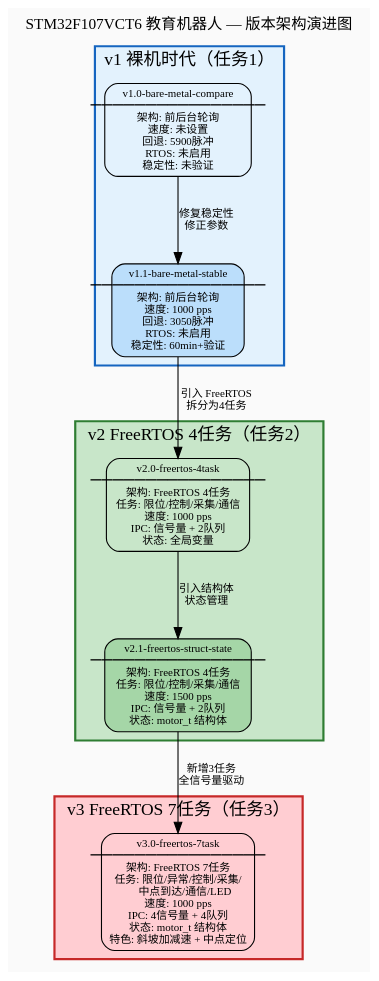
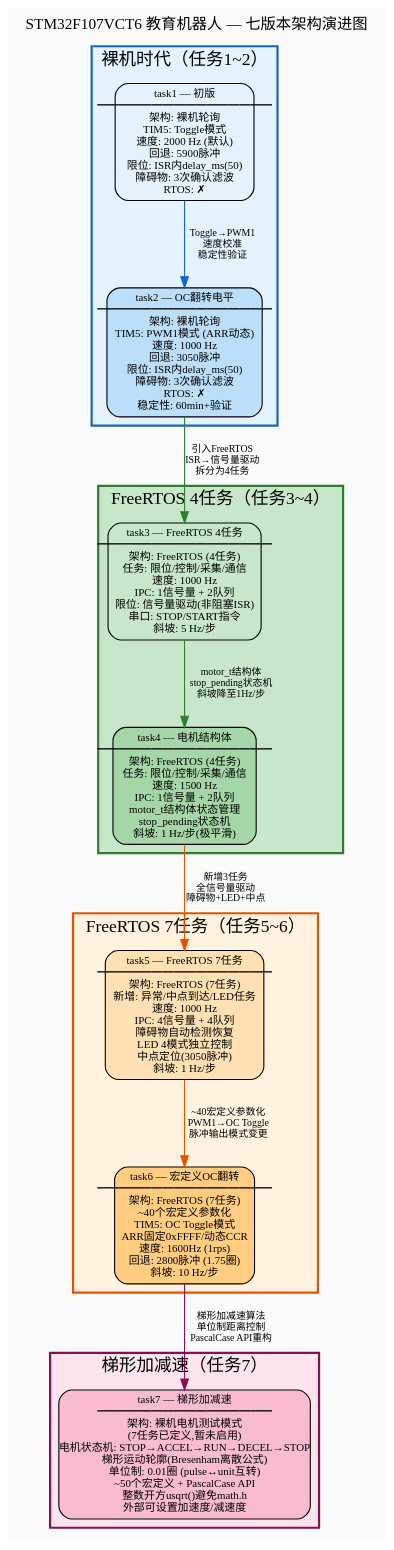
Before and after one commit to yandashuai26/stm32f107-edu-robot: the diagram in docs/diagrams/01-version-evolution.dot, drawn with Graphviz. The commit also changed 9 other files, not shown here.

First line of the commit message:
更新架构图：匹配7版本实际代码结构

```diff
--- a/docs/diagrams/01-version-evolution.dot
+++ b/docs/diagrams/01-version-evolution.dot
@@ -1,62 +1,80 @@
 digraph G {
     rankdir=TB;
     fontname="Microsoft YaHei";
     fontsize=14;
-    label="STM32F107VCT6 教育机器人 — 版本架构演进图";
+    label="STM32F107VCT6 教育机器人 — 七版本架构演进图";
     labelloc=t;
-    nodesep=0.6;
-    ranksep=0.8;
+    nodesep=0.5;
+    ranksep=0.7;
     compound=true;
     newrank=true;
     bgcolor="#fafafa";
 
-    subgraph cluster_v1 {
-        label="v1 裸机时代（任务1）";
+    subgraph cluster_bare {
+        label="裸机时代（任务1~2）";
         fontsize=16;
         fontname="Microsoft YaHei";
         style="filled";
         fillcolor="#e3f2fd";
         color="#1565c0";
         penwidth=2;
 
-        v1a [label="v1.0-bare-metal-compare\n━━━━━━━━━━━━━━━━\n架构: 前后台轮询\n速度: 未设置\n回退: 5900脉冲\nRTOS: 未启用\n稳定性: 未验证",
+        t1 [label="task1 — 初版\n━━━━━━━━━━━━━━━━\n架构: 裸机轮询\nTIM5: Toggle模式\n速度: 2000 Hz (默认)\n回退: 5900脉冲\n限位: ISR内delay_ms(50)\n障碍物: 3次确认滤波\nRTOS: ✗",
             shape=box, style="filled,rounded", fillcolor="#e3f2fd", fontsize=10, fontname="Microsoft YaHei"];
 
-        v1b [label="v1.1-bare-metal-stable\n━━━━━━━━━━━━━━━━\n架构: 前后台轮询\n速度: 1000 pps\n回退: 3050脉冲\nRTOS: 未启用\n稳定性: 60min+验证",
+        t2 [label="task2 — OC翻转电平\n━━━━━━━━━━━━━━━━\n架构: 裸机轮询\nTIM5: PWM1模式 (ARR动态)\n速度: 1000 Hz\n回退: 3050脉冲\n限位: ISR内delay_ms(50)\n障碍物: 3次确认滤波\nRTOS: ✗\n稳定性: 60min+验证",
             shape=box, style="filled,rounded", fillcolor="#bbdefb", fontsize=10, fontname="Microsoft YaHei"];
     }
 
-    subgraph cluster_v2 {
-        label="v2 FreeRTOS 4任务（任务2）";
+    subgraph cluster_rtos4 {
+        label="FreeRTOS 4任务（任务3~4）";
         fontsize=16;
         fontname="Microsoft YaHei";
         style="filled";
         fillcolor="#c8e6c9";
         color="#2e7d32";
         penwidth=2;
 
-        v2a [label="v2.0-freertos-4task\n━━━━━━━━━━━━━━━━\n架构: FreeRTOS 4任务\n任务: 限位/控制/采集/通信\n速度: 1000 pps\nIPC: 信号量 + 2队列\n状态: 全局变量",
+        t3 [label="task3 — FreeRTOS 4任务\n━━━━━━━━━━━━━━━━\n架构: FreeRTOS (4任务)\n任务: 限位/控制/采集/通信\n速度: 1000 Hz\nIPC: 1信号量 + 2队列\n限位: 信号量驱动(非阻塞ISR)\n串口: STOP/START指令\n斜坡: 5 Hz/步",
             shape=box, style="filled,rounded", fillcolor="#c8e6c9", fontsize=10, fontname="Microsoft YaHei"];
 
-        v2b [label="v2.1-freertos-struct-state\n━━━━━━━━━━━━━━━━\n架构: FreeRTOS 4任务\n任务: 限位/控制/采集/通信\n速度: 1500 pps\nIPC: 信号量 + 2队列\n状态: motor_t 结构体",
+        t4 [label="task4 — 电机结构体\n━━━━━━━━━━━━━━━━\n架构: FreeRTOS (4任务)\n任务: 限位/控制/采集/通信\n速度: 1500 Hz\nIPC: 1信号量 + 2队列\nmotor_t结构体状态管理\nstop_pending状态机\n斜坡: 1 Hz/步(极平滑)",
             shape=box, style="filled,rounded", fillcolor="#a5d6a7", fontsize=10, fontname="Microsoft YaHei"];
     }
 
-    subgraph cluster_v3 {
-        label="v3 FreeRTOS 7任务（任务3）";
+    subgraph cluster_rtos7 {
+        label="FreeRTOS 7任务（任务5~6）";
         fontsize=16;
         fontname="Microsoft YaHei";
         style="filled";
-        fillcolor="#ffcdd2";
-        color="#c62828";
+        fillcolor="#fff3e0";
+        color="#e65100";
         penwidth=2;
 
-        v3 [label="v3.0-freertos-7task\n━━━━━━━━━━━━━━━━\n架构: FreeRTOS 7任务\n任务: 限位/异常/控制/采集/\n      中点到达/通信/LED\n速度: 1000 pps\nIPC: 4信号量 + 4队列\n状态: motor_t 结构体\n特色: 斜坡加减速 + 中点定位",
-            shape=box, style="filled,rounded", fillcolor="#ffcdd2", fontsize=10, fontname="Microsoft YaHei"];
+        t5 [label="task5 — FreeRTOS 7任务\n━━━━━━━━━━━━━━━━\n架构: FreeRTOS (7任务)\n新增: 异常/中点到达/LED任务\n速度: 1000 Hz\nIPC: 4信号量 + 4队列\n障碍物自动检测恢复\nLED 4模式独立控制\n中点定位(3050脉冲)\n斜坡: 1 Hz/步",
+            shape=box, style="filled,rounded", fillcolor="#ffe0b2", fontsize=10, fontname="Microsoft YaHei"];
+
+        t6 [label="task6 — 宏定义OC翻转\n━━━━━━━━━━━━━━━━\n架构: FreeRTOS (7任务)\n~40个宏定义参数化\nTIM5: OC Toggle模式\nARR固定0xFFFF/动态CCR\n速度: 1600Hz (1rps)\n回退: 2800脉冲 (1.75圈)\n斜坡: 10 Hz/步",
+            shape=box, style="filled,rounded", fillcolor="#ffcc80", fontsize=10, fontname="Microsoft YaHei"];
     }
 
-    v1a -> v1b [label=" 修复稳定性\n 修正参数", fontsize=10, fontname="Microsoft YaHei"];
-    v1b -> v2a [label=" 引入 FreeRTOS\n 拆分为4任务", fontsize=10, fontname="Microsoft YaHei"];
-    v2a -> v2b [label=" 引入结构体\n 状态管理", fontsize=10, fontname="Microsoft YaHei"];
-    v2b -> v3 [label=" 新增3任务\n 全信号量驱动", fontsize=10, fontname="Microsoft YaHei"];
+    subgraph cluster_trap {
+        label="梯形加减速（任务7）";
+        fontsize=16;
+        fontname="Microsoft YaHei";
+        style="filled";
+        fillcolor="#fce4ec";
+        color="#880e4f";
+        penwidth=2;
+
+        t7 [label="task7 — 梯形加减速\n━━━━━━━━━━━━━━━━\n架构: 裸机电机测试模式\n(7任务已定义,暂未启用)\n电机状态机: STOP→ACCEL→RUN→DECEL→STOP\n梯形运动轮廓(Bresenham离散公式)\n单位制: 0.01圈 (pulse↔unit互转)\n~50个宏定义 + PascalCase API\n整数开方usqrt()避免math.h\n外部可设置加速度/减速度",
+            shape=box, style="filled,rounded", fillcolor="#f8bbd0", fontsize=10, fontname="Microsoft YaHei"];
+    }
+
+    t1 -> t2 [label="  Toggle→PWM1\n  速度校准\n  稳定性验证", fontsize=9, fontname="Microsoft YaHei", color="#1565c0"];
+    t2 -> t3 [label=" 引入FreeRTOS\n ISR→信号量驱动\n 拆分为4任务", fontsize=9, fontname="Microsoft YaHei", color="#2e7d32"];
+    t3 -> t4 [label=" motor_t结构体\n stop_pending状态机\n 斜坡降至1Hz/步", fontsize=9, fontname="Microsoft YaHei", color="#2e7d32"];
+    t4 -> t5 [label=" 新增3任务\n 全信号量驱动\n 障碍物+LED+中点", fontsize=9, fontname="Microsoft YaHei", color="#e65100"];
+    t5 -> t6 [label=" ~40宏定义参数化\n PWM1→OC Toggle\n 脉冲输出模式变更", fontsize=9, fontname="Microsoft YaHei", color="#e65100"];
+    t6 -> t7 [label=" 梯形加减速算法\n 单位制距离控制\n PascalCase API重构", fontsize=9, fontname="Microsoft YaHei", color="#880e4f"];
 }
```
